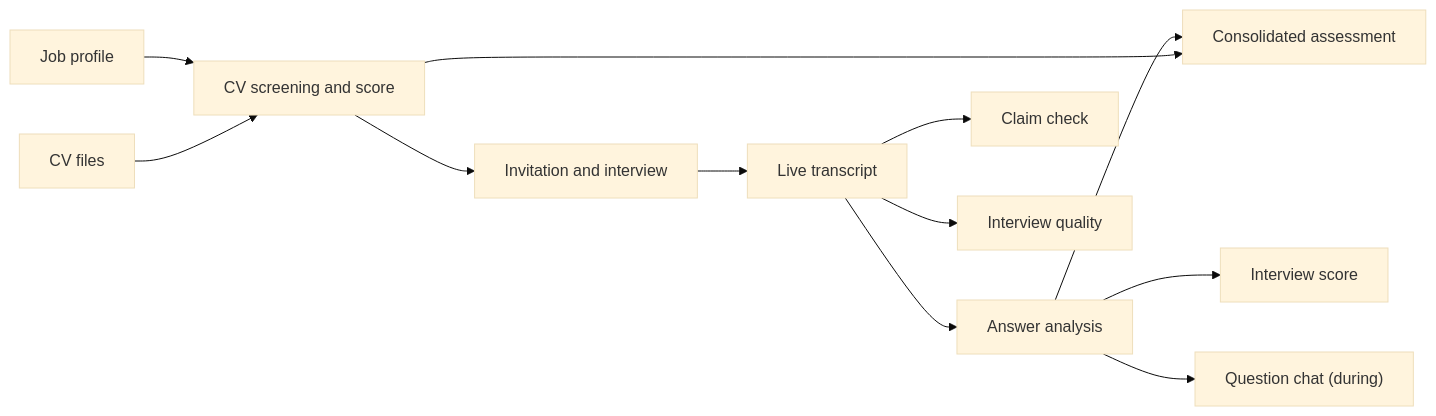
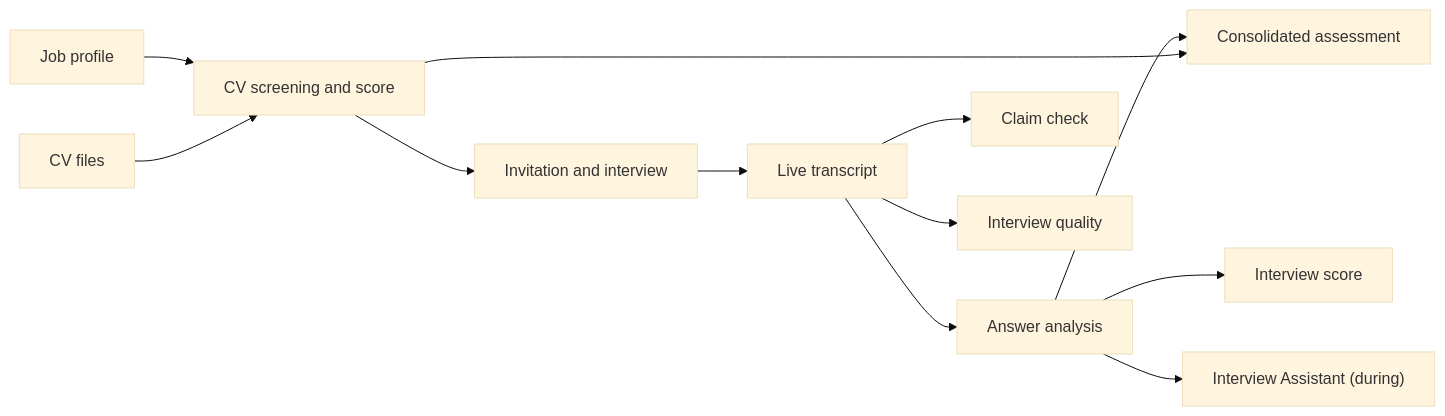
Before and after one commit to ahsanrizviii/talent-sight: the second of 11 diagrams in docs/architecture.md, drawn with Mermaid (base theme). The commit also changed other lines of this file and 2 other files, not shown here.

````diff
--- a/docs/architecture.md
+++ b/docs/architecture.md
@@ -37,14 +37,14 @@
 ```mermaid
 flowchart LR
   JD["Job profile"] --> SCR["CV screening and score"]
   CV["CV files"] --> SCR
   SCR --> INV["Invitation and interview"]
   INV --> TR["Live transcript"]
   TR --> QA["Answer analysis"]
   QA --> AS["Consolidated assessment"]
   SCR --> AS
   TR --> CL["Claim check"]
   TR --> QU["Interview quality"]
   QA --> SC["Interview score"]
-  QA --> CH["Question chat (during)"]
+  QA --> CH["Interview Assistant (during)"]
 ```
````
